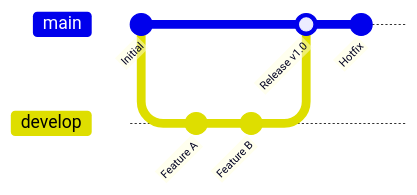
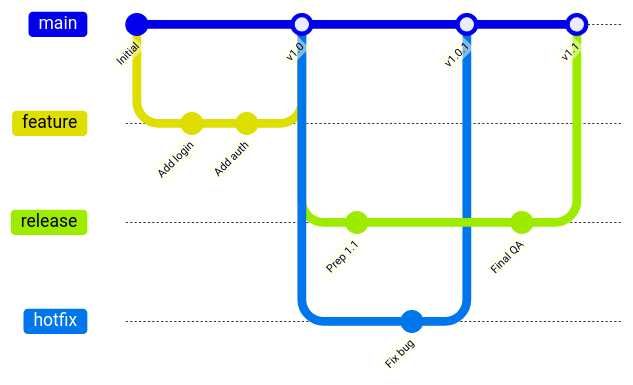
The seventh of 7 diagrams in components/mermaid.mdx (jamdesk/jamdesk-docs), drawn with Mermaid before and after one commit. The commit also changed other lines of this file, not shown here.

Commit message:
docs: expand Git Graph example with multiple branches
Shows 4 branches (main, feature, release, hotfix) to demonstrate
the colorful branch styling with merges and parallel development.

````diff
--- a/components/mermaid.mdx
+++ b/components/mermaid.mdx
@@ -168,11 +168,23 @@
 ```mermaid
 gitGraph
     commit id: "Initial"
-    branch develop
-    checkout develop
-    commit id: "Feature A"
-    commit id: "Feature B"
+    branch feature
+    checkout feature
+    commit id: "Add login"
+    commit id: "Add auth"
     checkout main
-    merge develop id: "Release v1.0"
-    commit id: "Hotfix"
+    merge feature id: "v1.0"
+    branch release
+    checkout release
+    commit id: "Prep 1.1"
+    checkout main
+    branch hotfix
+    checkout hotfix
+    commit id: "Fix bug"
+    checkout main
+    merge hotfix id: "v1.0.1"
+    checkout release
+    commit id: "Final QA"
+    checkout main
+    merge release id: "v1.1"
 ```
````
